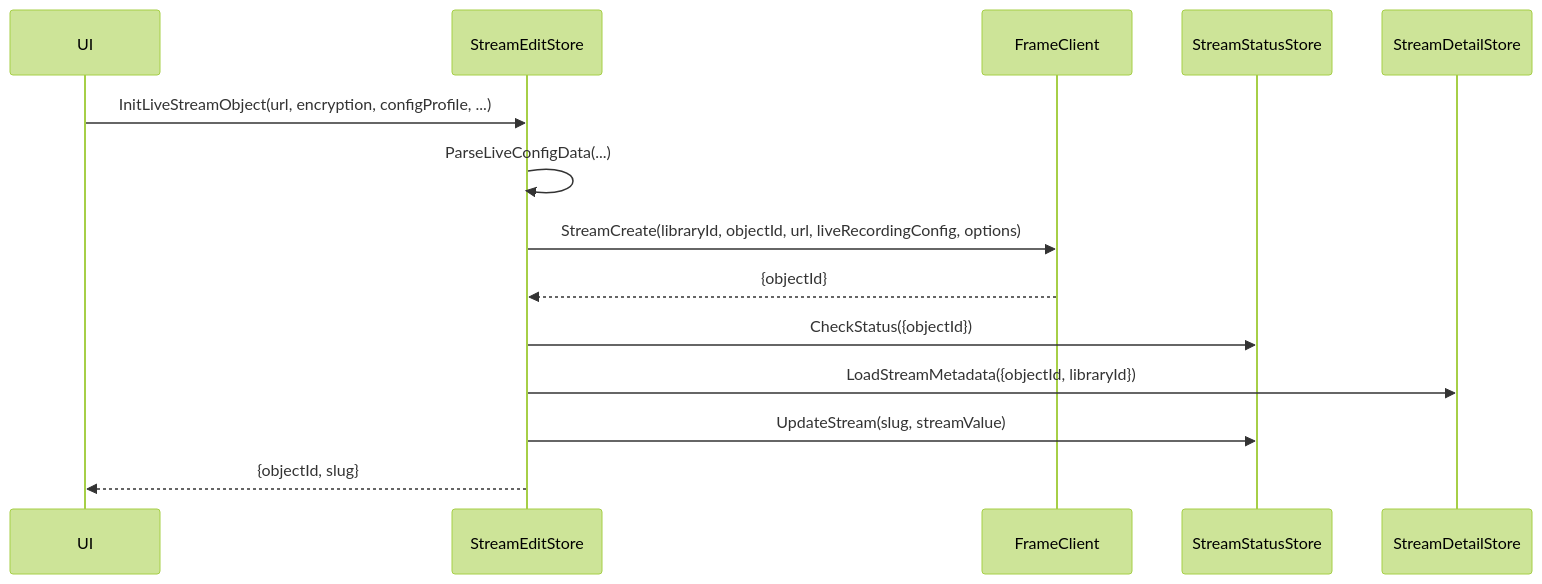
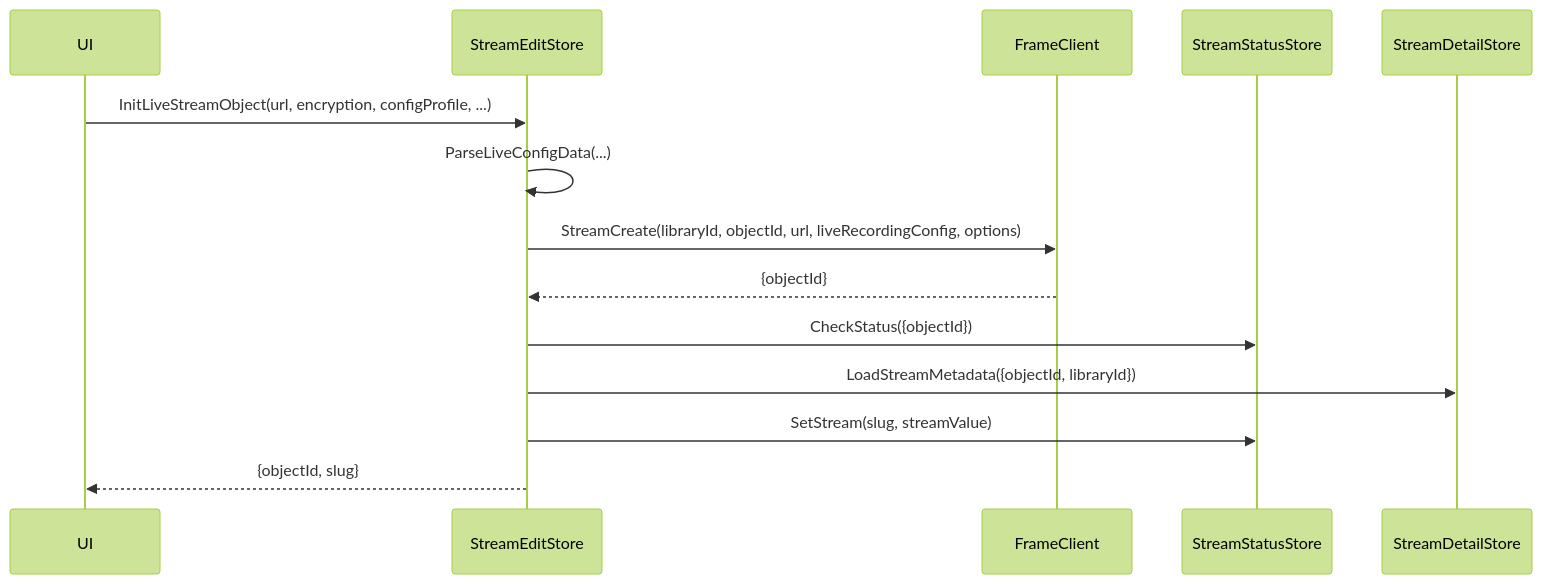
One commit to eluv-io/elv-live-stream changed the first of 4 diagrams in docs/diagrams/stream-lifecycle.md. Above: the diagram before and after it, drawn with Mermaid (forest theme). The commit also changed other lines of this file and 29 other files, not shown here.

````diff
--- a/docs/diagrams/stream-lifecycle.md
+++ b/docs/diagrams/stream-lifecycle.md
@@ -7,17 +7,17 @@
 ```mermaid
 sequenceDiagram
     participant UI
     participant StreamEditStore
     participant FrameClient
     participant StreamStatusStore
     participant StreamDetailStore
 
     UI->>StreamEditStore: InitLiveStreamObject(url, encryption, configProfile, ...)
     StreamEditStore->>StreamEditStore: ParseLiveConfigData(...)
     StreamEditStore->>FrameClient: StreamCreate(libraryId, objectId, url, liveRecordingConfig, options)
     FrameClient-->>StreamEditStore: {objectId}
     StreamEditStore->>StreamStatusStore: CheckStatus({objectId})
     StreamEditStore->>StreamDetailStore: LoadStreamMetadata({objectId, libraryId})
-    StreamEditStore->>StreamStatusStore: UpdateStream(slug, streamValue)
+    StreamEditStore->>StreamStatusStore: SetStream(slug, streamValue)
     StreamEditStore-->>UI: {objectId, slug}
 ```
````
